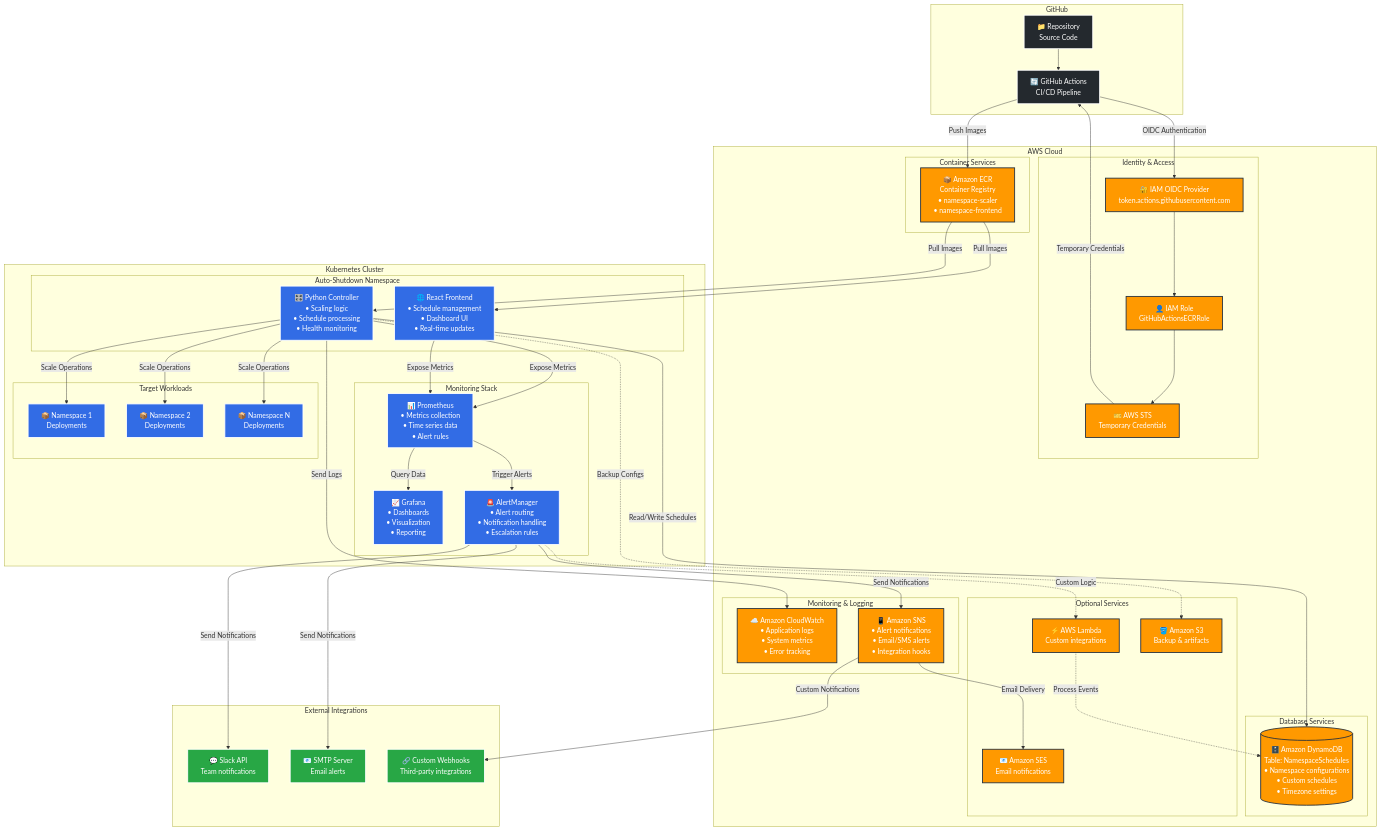
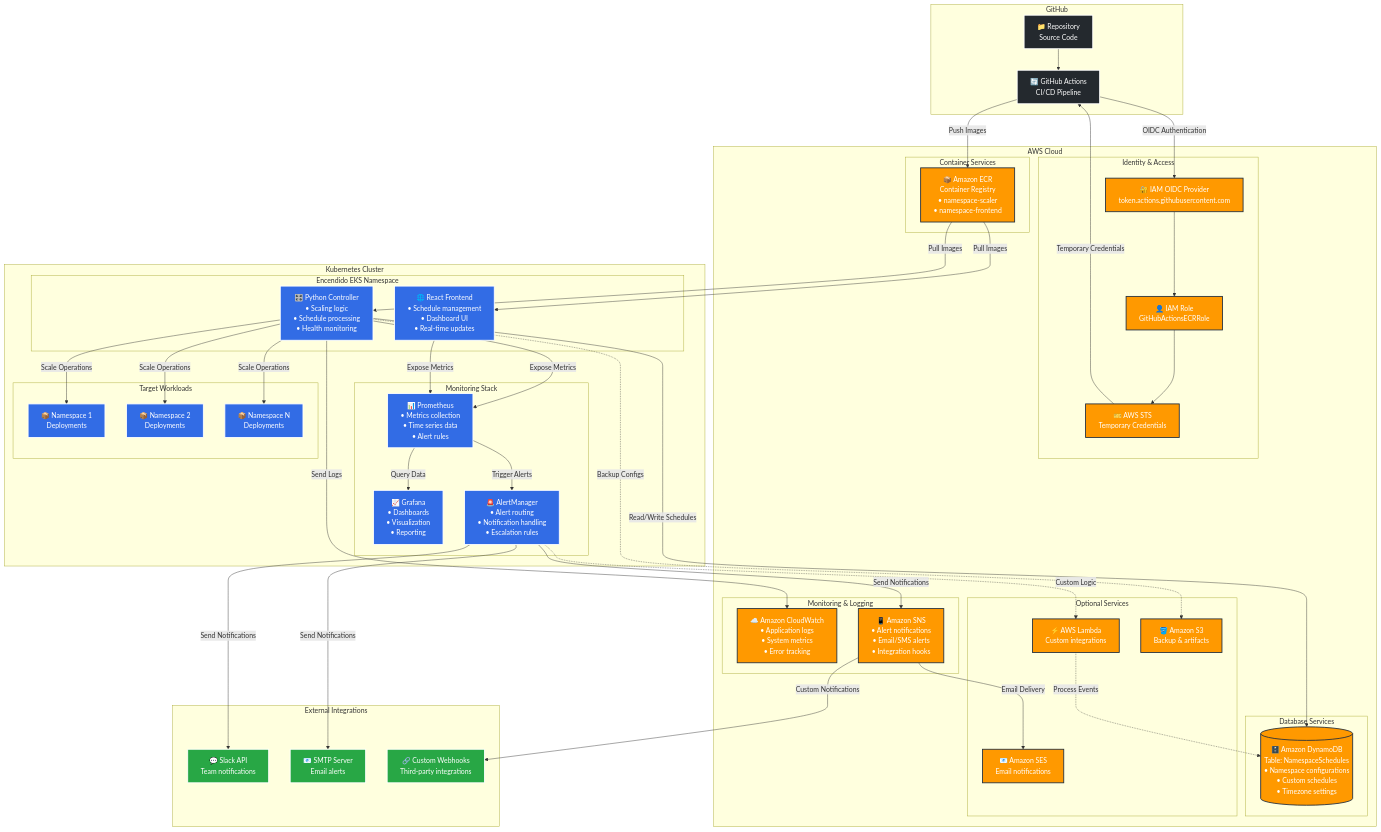
Before and after one commit to bcocbo/apagado-automatico: the diagram in README.md, drawn with Mermaid. The commit also changed other lines of this file and 7 other files, not shown here.

First line of the commit message:
🔧 Migrar namespace de auto-shutdown a encendido-eks

```diff
--- a/README.md
+++ b/README.md
@@ -50,7 +50,7 @@
     end
     
     subgraph "Kubernetes Cluster"
-        subgraph "Auto-Shutdown Namespace"
+        subgraph "Encendido EKS Namespace"
             Controller[🎛️ Python Controller<br/>• Scaling logic<br/>• Schedule processing<br/>• Health monitoring]
             Frontend[🌐 React Frontend<br/>• Schedule management<br/>• Dashboard UI<br/>• Real-time updates]
         end
```
